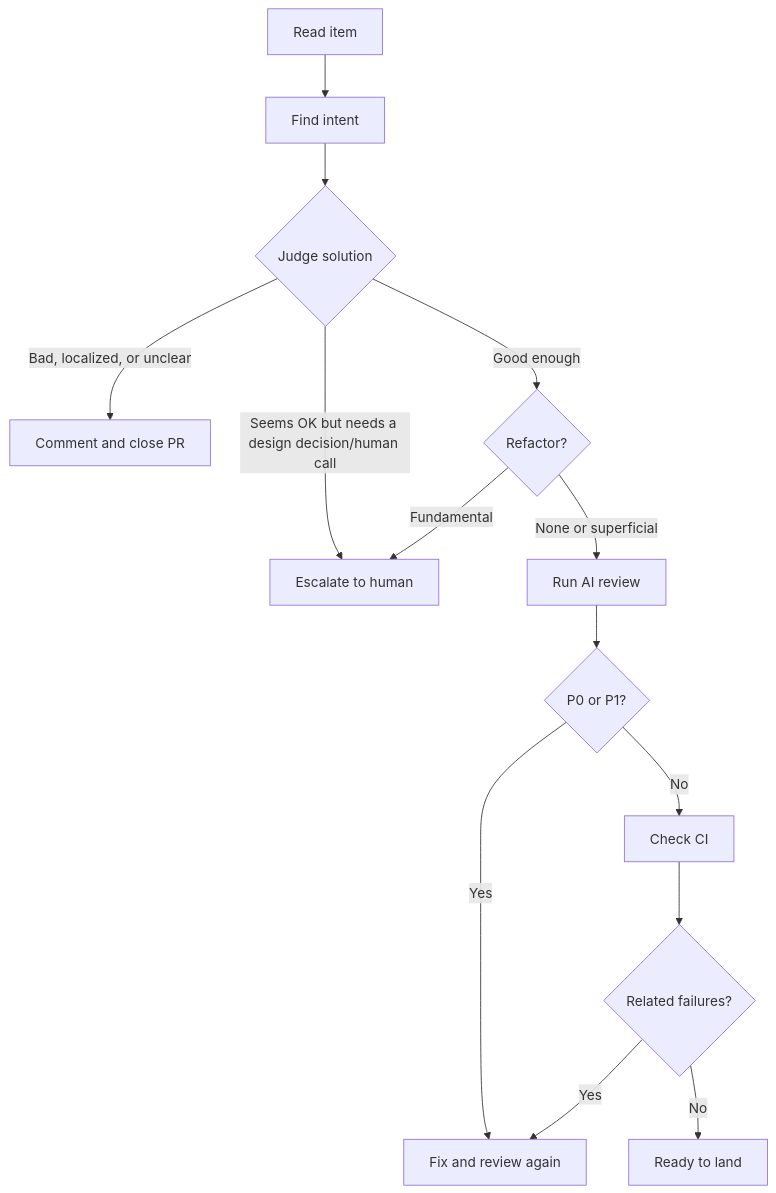
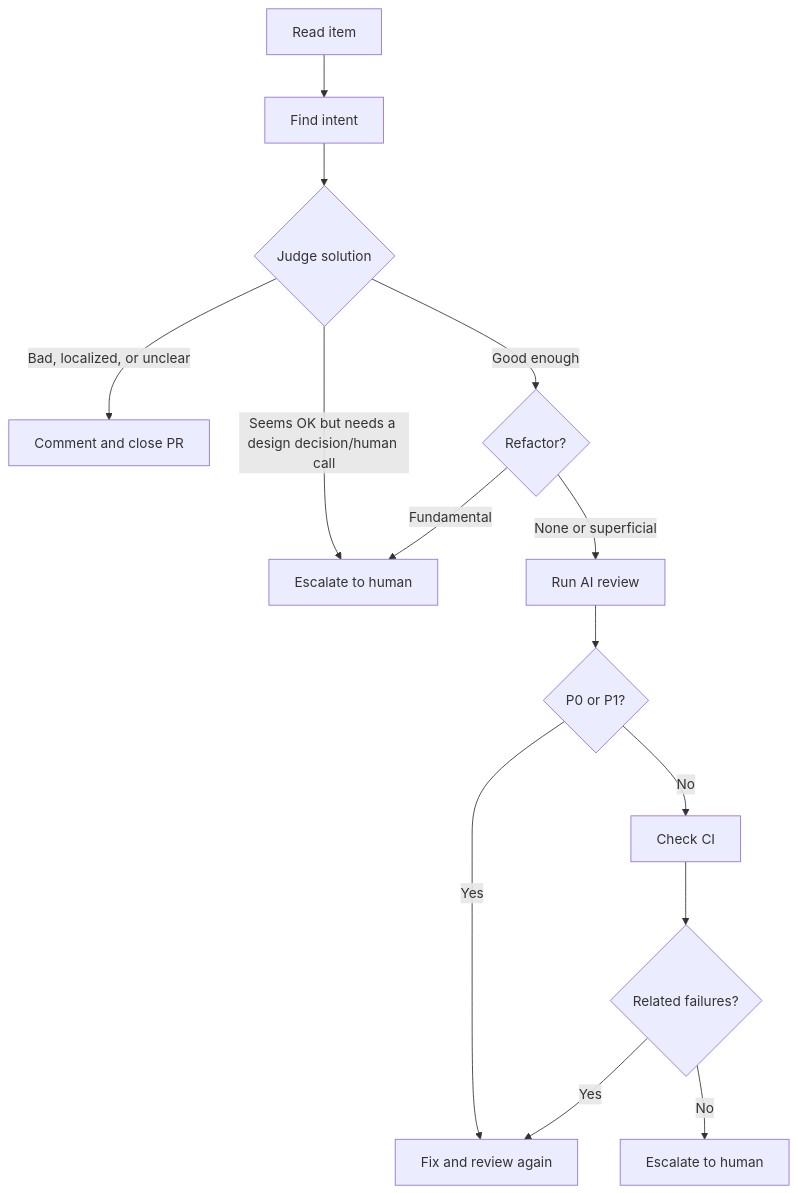
Before and after one commit to osolmaz/tools: the diagram in agents/prompts/pr-issue-triage.md, drawn with Mermaid.

Commit message:
docs: rename ready-to-land node in triage flowchart

````diff
--- a/agents/prompts/pr-issue-triage.md
+++ b/agents/prompts/pr-issue-triage.md
@@ -5,16 +5,16 @@
 ```mermaid
 flowchart TD
     A[Read item] --> B[Find intent]
     B --> C{Judge solution}
     C -->|Bad, localized, or unclear| D[Comment and close PR]
     C -->|Seems OK but needs a design decision/human call| E[Escalate to human]
     C -->|Good enough| F{Refactor?}
     F -->|Fundamental| E
     F -->|None or superficial| G[Run AI review]
     G --> H{P0 or P1?}
     H -->|Yes| I[Fix and review again]
     H -->|No| J[Check CI]
     J --> K{Related failures?}
     K -->|Yes| I
-    K -->|No| L[Ready to land]
+    K -->|No| L[Escalate to human]
 ```
````
